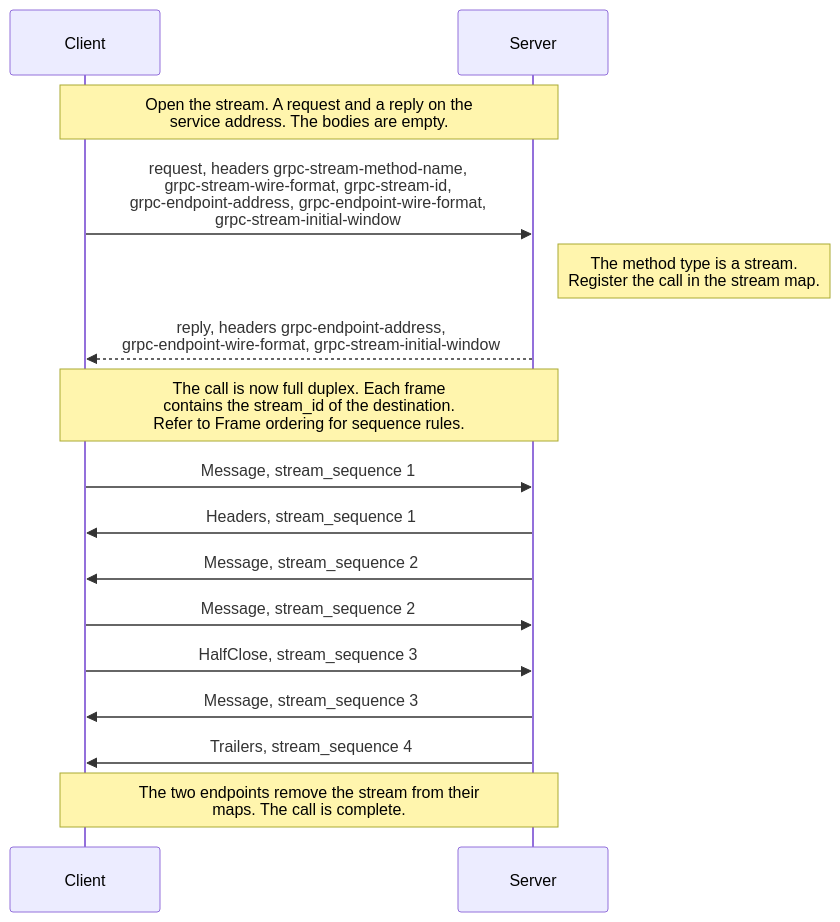
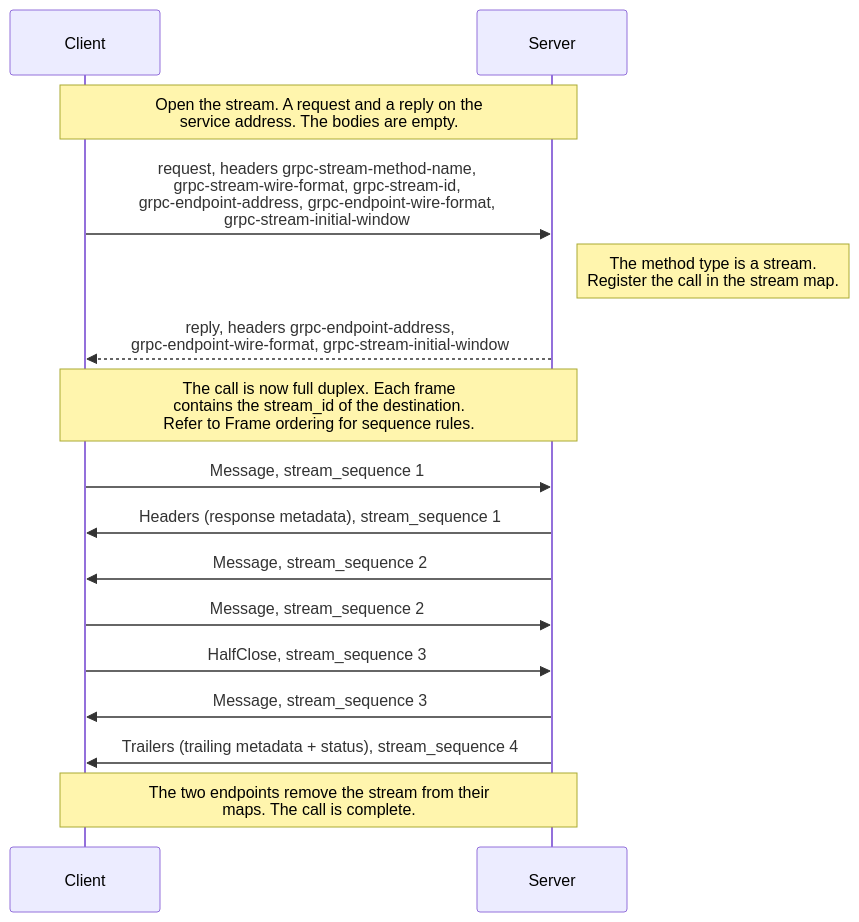
The diagram in vertx-grpc-eventbus/README.md (eclipse-vertx/vertx-grpc), drawn with Mermaid before and after one commit. The commit also changed other lines of this file and 5 other files, not shown here.

First line of the commit message:
Move headers/trailers metadata to frame for non unaries.

````diff
--- a/vertx-grpc-eventbus/README.md
+++ b/vertx-grpc-eventbus/README.md
@@ -115,20 +115,20 @@
 ```mermaid
 sequenceDiagram
     participant C as Client
     participant S as Server
 
     Note over C,S: Open the stream. A request and a reply on the<br/>service address. The bodies are empty.
     C->>S: request, headers grpc-stream-method-name,<br/>grpc-stream-wire-format, grpc-stream-id,<br/>grpc-endpoint-address, grpc-endpoint-wire-format,<br/>grpc-stream-initial-window
     Note right of S: The method type is a stream.<br/>Register the call in the stream map.
     S-->>C: reply, headers grpc-endpoint-address,<br/>grpc-endpoint-wire-format, grpc-stream-initial-window
 
     Note over C,S: The call is now full duplex. Each frame<br/>contains the stream_id of the destination.<br/>Refer to Frame ordering for sequence rules.
     C->>S: Message, stream_sequence 1
-    S->>C: Headers, stream_sequence 1
+    S->>C: Headers (response metadata), stream_sequence 1
     S->>C: Message, stream_sequence 2
     C->>S: Message, stream_sequence 2
     C->>S: HalfClose, stream_sequence 3
     S->>C: Message, stream_sequence 3
-    S->>C: Trailers, stream_sequence 4
+    S->>C: Trailers (trailing metadata + status), stream_sequence 4
     Note over C,S: The two endpoints remove the stream from their<br/>maps. The call is complete.
 ```
````
